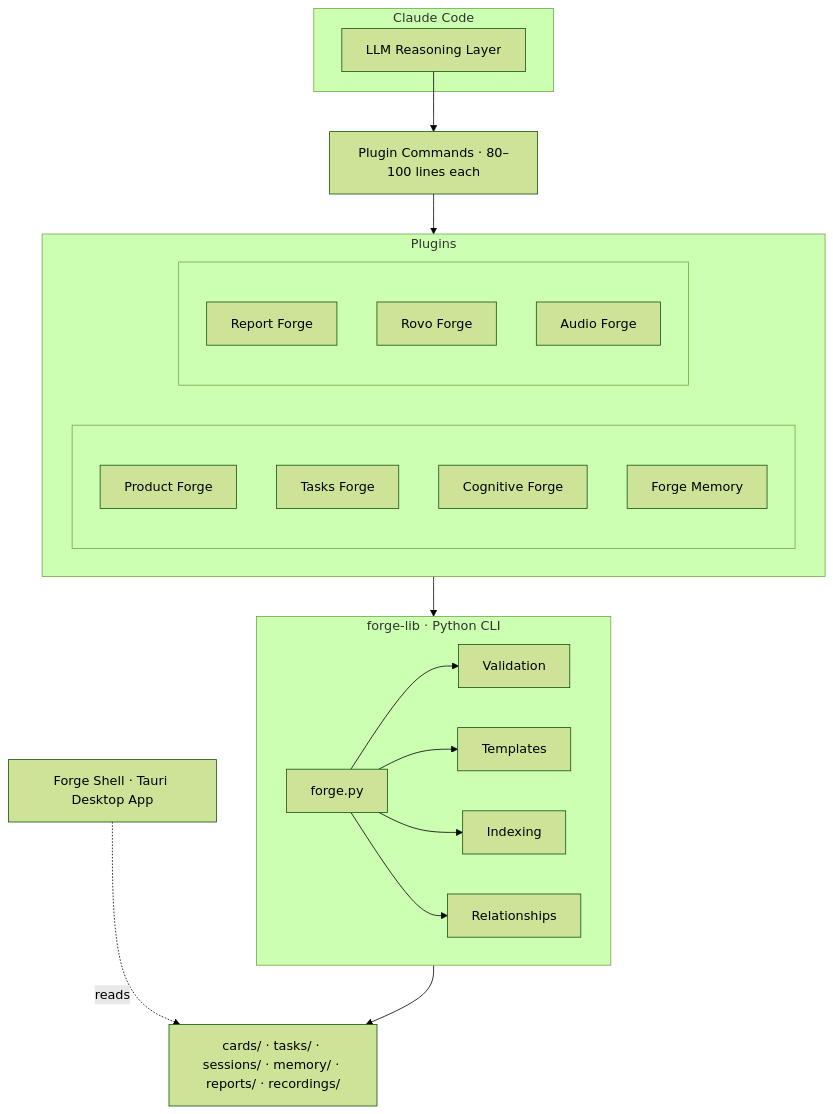
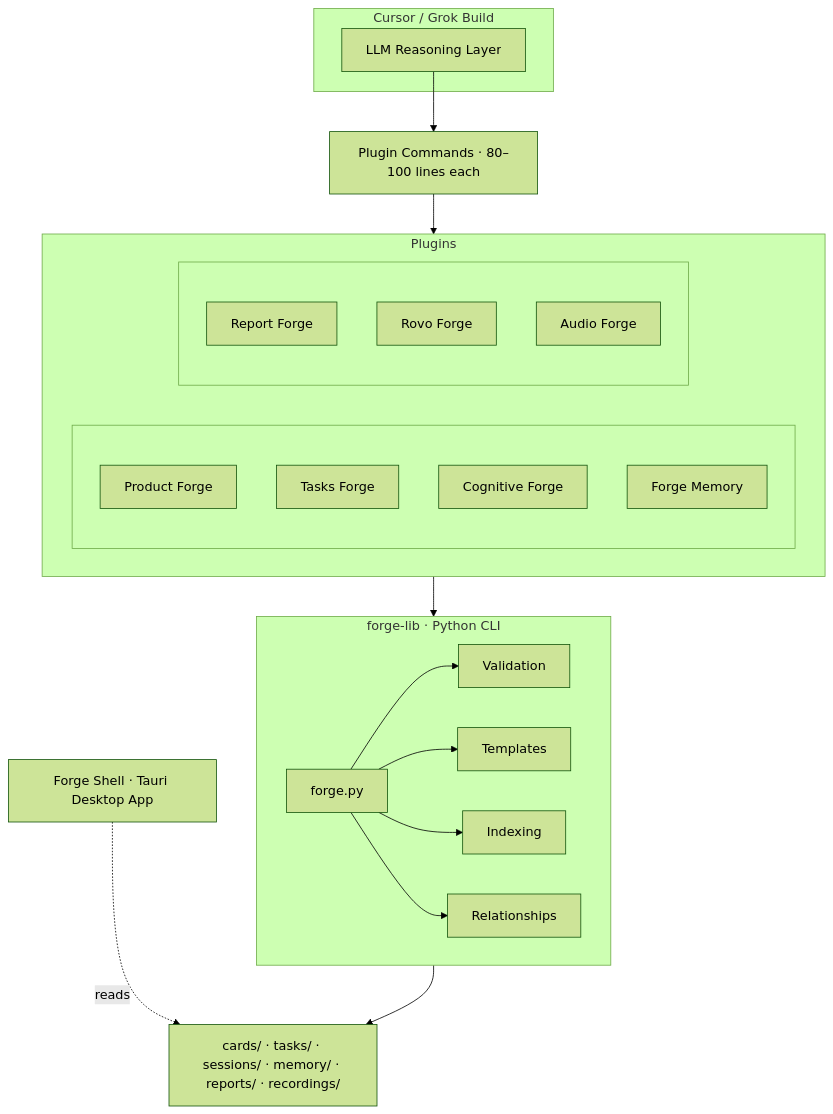
Before and after one commit to jeremybrice/the-forge: the diagram in README.md, drawn with Mermaid (forest theme). The commit also changed other lines of this file and 4 other files, not shown here.

Commit message:
docs: reword live architecture for Cursor and Grok

````diff
--- a/README.md
+++ b/README.md
@@ -47,35 +47,35 @@
 ```mermaid
 graph TB
-    subgraph CC ["Claude Code"]
+    subgraph CC ["Cursor / Grok Build"]
         A["LLM Reasoning Layer"]
     end
 
     A --> B["Plugin Commands · 80–100 lines each"]
 
     subgraph PL ["Plugins"]
         direction LR
         subgraph col1 [" "]
             C1["Product Forge"]
             C2["Tasks Forge"]
             C3["Cognitive Forge"]
             C4["Forge Memory"]
         end
         subgraph col2 [" "]
             C5["Report Forge"]
             C6["Rovo Forge"]
             C7["Audio Forge"]
         end
     end
 
     B --> PL
 
     subgraph FL ["forge-lib · Python CLI"]
         D["forge.py"] --> E1["Validation"] & E2["Templates"] & E3["Indexing"] & E4["Relationships"]
     end
 
     PL --> FL
 
     FL --> F["cards/ · tasks/ · sessions/ · memory/ · reports/ · recordings/"]
 
     G["Forge Shell · Tauri Desktop App"] -.->|reads| F
 ```
````
